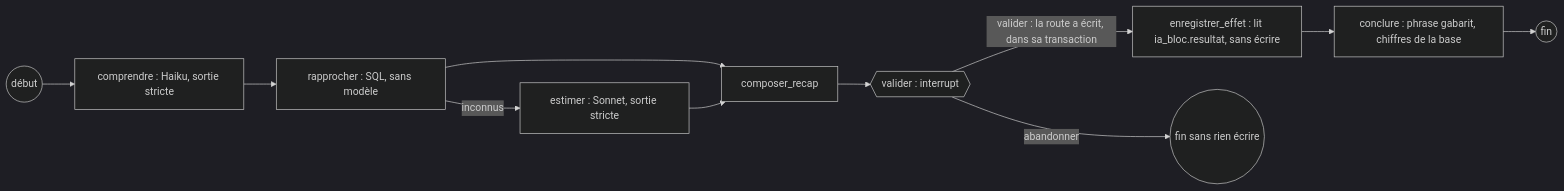
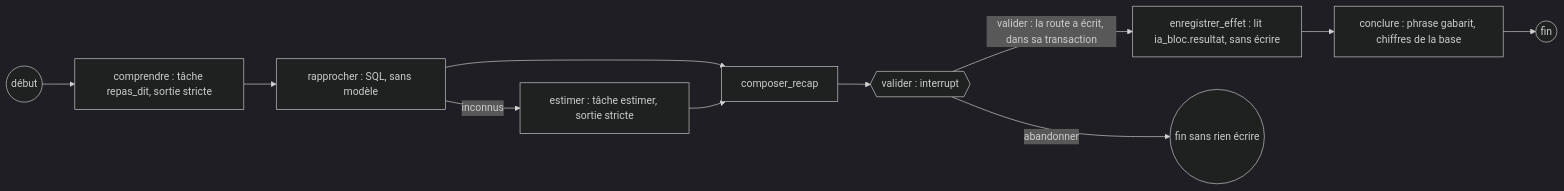
Before and after one commit to kamil-bentounes/popote-web: the fourth of 4 diagrams in docs/superpowers/plans/2026-11-13-socle-0-5-ia.md, drawn with Mermaid (dark theme). The commit also changed other lines of this file, not shown here.

````diff
--- a/docs/superpowers/plans/2026-11-13-socle-0-5-ia.md
+++ b/docs/superpowers/plans/2026-11-13-socle-0-5-ia.md
@@ -437,13 +699,13 @@
 ```mermaid
 flowchart LR
-  S((début)) --> C[comprendre : Haiku, sortie stricte]
+  S((début)) --> C[comprendre : tâche repas_dit, sortie stricte]
   C --> R[rapprocher : SQL, sans modèle]
-  R -->|inconnus| E[estimer : Sonnet, sortie stricte]
+  R -->|inconnus| E[estimer : tâche estimer, sortie stricte]
   R --> B[composer_recap]
   E --> B
   B --> V{{valider : interrupt}}
   V -->|valider : la route a écrit, dans sa transaction| W[enregistrer_effet : lit ia_bloc.resultat, sans écrire]
   V -->|abandonner| X((fin sans rien écrire))
   W --> K[conclure : phrase gabarit, chiffres de la base]
   K --> Y((fin))
 ```
````
